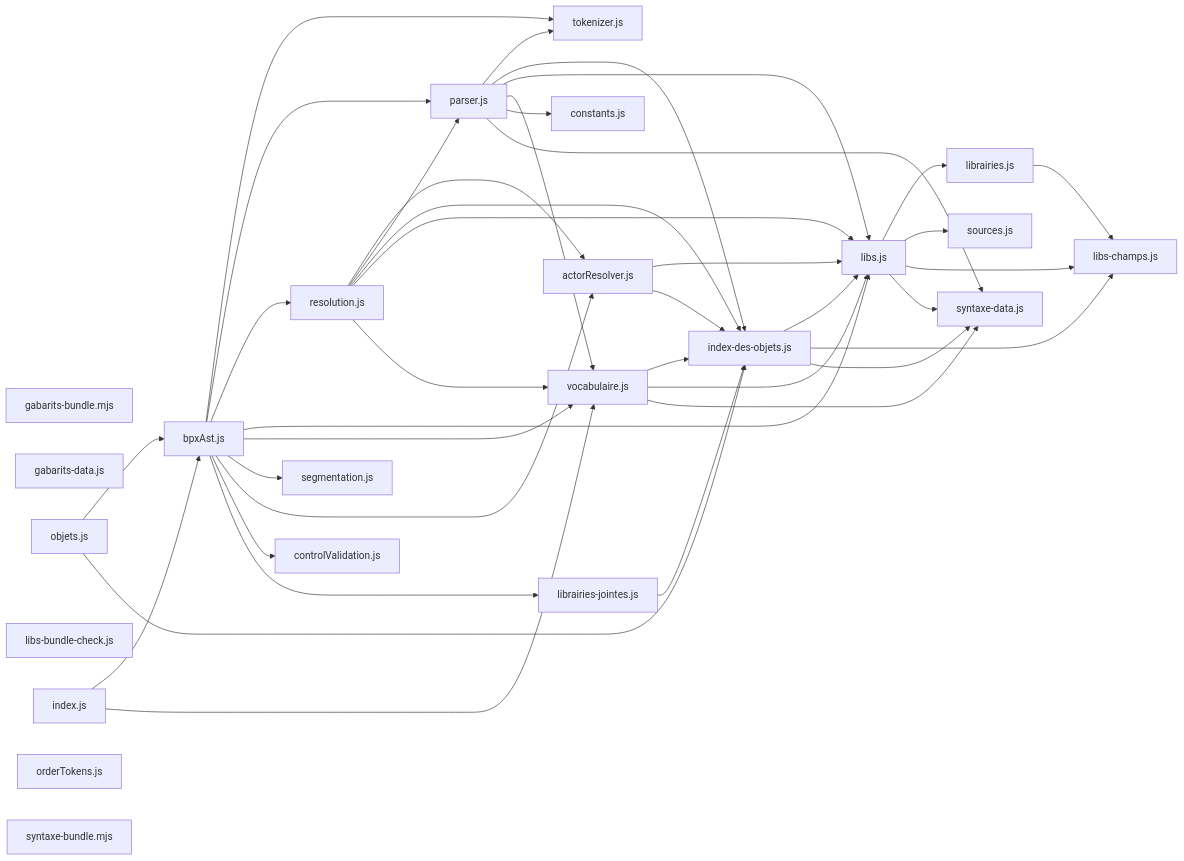
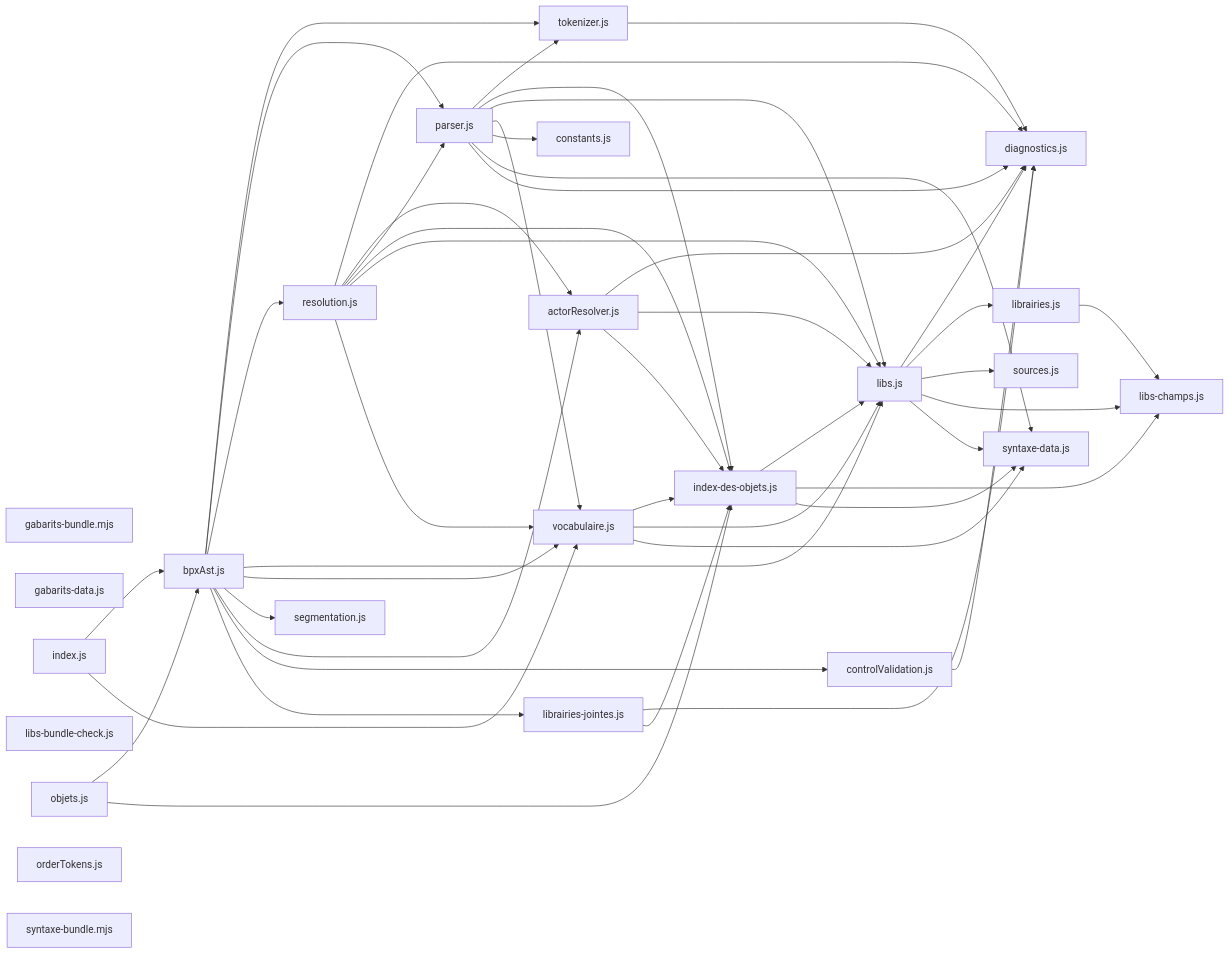
One commit to roomi-fields/BPscript changed the diagram in docs/arch/carte-reel.md. Above: the diagram before and after it, drawn with Mermaid. The commit also changed other lines of this file and 14 other files, not shown here.

````diff
--- a/docs/arch/carte-reel.md
+++ b/docs/arch/carte-reel.md
@@ -42,64 +43,72 @@
 ```mermaid
 flowchart LR
   actorResolver_js["actorResolver.js"]
   bpxAst_js["bpxAst.js"]
   constants_js["constants.js"]
   controlValidation_js["controlValidation.js"]
+  diagnostics_js["diagnostics.js"]
   gabarits_bundle_mjs["gabarits-bundle.mjs"]
   gabarits_data_js["gabarits-data.js"]
   index_des_objets_js["index-des-objets.js"]
   index_js["index.js"]
   librairies_jointes_js["librairies-jointes.js"]
   librairies_js["librairies.js"]
   libs_bundle_check_js["libs-bundle-check.js"]
   libs_champs_js["libs-champs.js"]
   libs_js["libs.js"]
   objets_js["objets.js"]
   orderTokens_js["orderTokens.js"]
   parser_js["parser.js"]
   resolution_js["resolution.js"]
   segmentation_js["segmentation.js"]
   sources_js["sources.js"]
   syntaxe_bundle_mjs["syntaxe-bundle.mjs"]
   syntaxe_data_js["syntaxe-data.js"]
   tokenizer_js["tokenizer.js"]
   vocabulaire_js["vocabulaire.js"]
+  actorResolver_js --> diagnostics_js
   actorResolver_js --> libs_js
   actorResolver_js --> index_des_objets_js
   bpxAst_js --> tokenizer_js
   bpxAst_js --> parser_js
   bpxAst_js --> resolution_js
   bpxAst_js --> libs_js
   bpxAst_js --> vocabulaire_js
   bpxAst_js --> segmentation_js
   bpxAst_js --> actorResolver_js
   bpxAst_js --> controlValidation_js
   bpxAst_js --> librairies_jointes_js
+  controlValidation_js --> diagnostics_js
   index_des_objets_js --> libs_js
   index_des_objets_js --> libs_champs_js
   index_des_objets_js --> syntaxe_data_js
   index_js --> bpxAst_js
   index_js --> vocabulaire_js
+  librairies_jointes_js --> diagnostics_js
   librairies_jointes_js --> index_des_objets_js
   librairies_js --> libs_champs_js
+  libs_js --> diagnostics_js
   libs_js --> librairies_js
   libs_js --> sources_js
   libs_js --> libs_champs_js
   libs_js --> syntaxe_data_js
   objets_js --> bpxAst_js
   objets_js --> index_des_objets_js
   parser_js --> tokenizer_js
   parser_js --> index_des_objets_js
   parser_js --> libs_js
   parser_js --> vocabulaire_js
   parser_js --> constants_js
   parser_js --> syntaxe_data_js
+  parser_js --> diagnostics_js
+  resolution_js --> diagnostics_js
   resolution_js --> actorResolver_js
   resolution_js --> parser_js
   resolution_js --> index_des_objets_js
   resolution_js --> libs_js
   resolution_js --> vocabulaire_js
+  tokenizer_js --> diagnostics_js
   vocabulaire_js --> index_des_objets_js
   vocabulaire_js --> libs_js
   vocabulaire_js --> syntaxe_data_js
 ```
````
